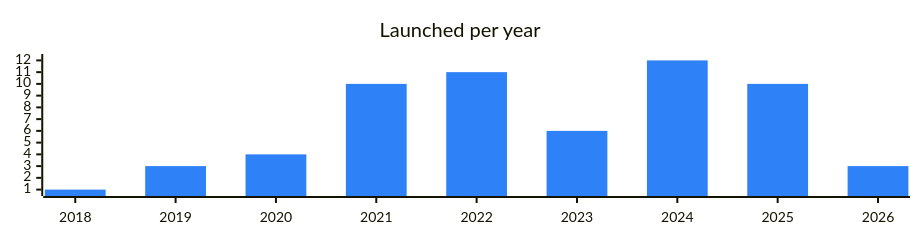
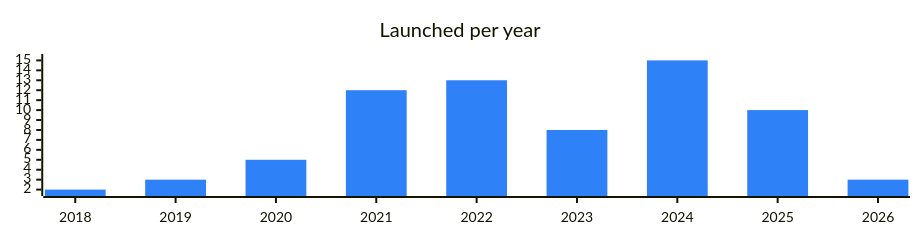
Before and after one commit to vitalikgpt/gram-ecosystem: the diagram in categories/infra.md, drawn with Mermaid. The commit also changed other lines of this file and 69 other files, not shown here.

````diff
--- a/categories/infra.md
+++ b/categories/infra.md
@@ -7,7 +7,7 @@
 ```mermaid
 %%{init: {"xyChart": {"width": 900, "height": 220}, "themeVariables": {"xyChart": {"plotColorPalette": "#2f81f7"}}}}%%
 xychart-beta
   title "Launched per year"
   x-axis ["2018", "2019", "2020", "2021", "2022", "2023", "2024", "2025", "2026"]
-  bar [1, 3, 4, 10, 11, 6, 12, 10, 3]
+  bar [2, 3, 5, 12, 13, 8, 15, 10, 3]
 ```
````
